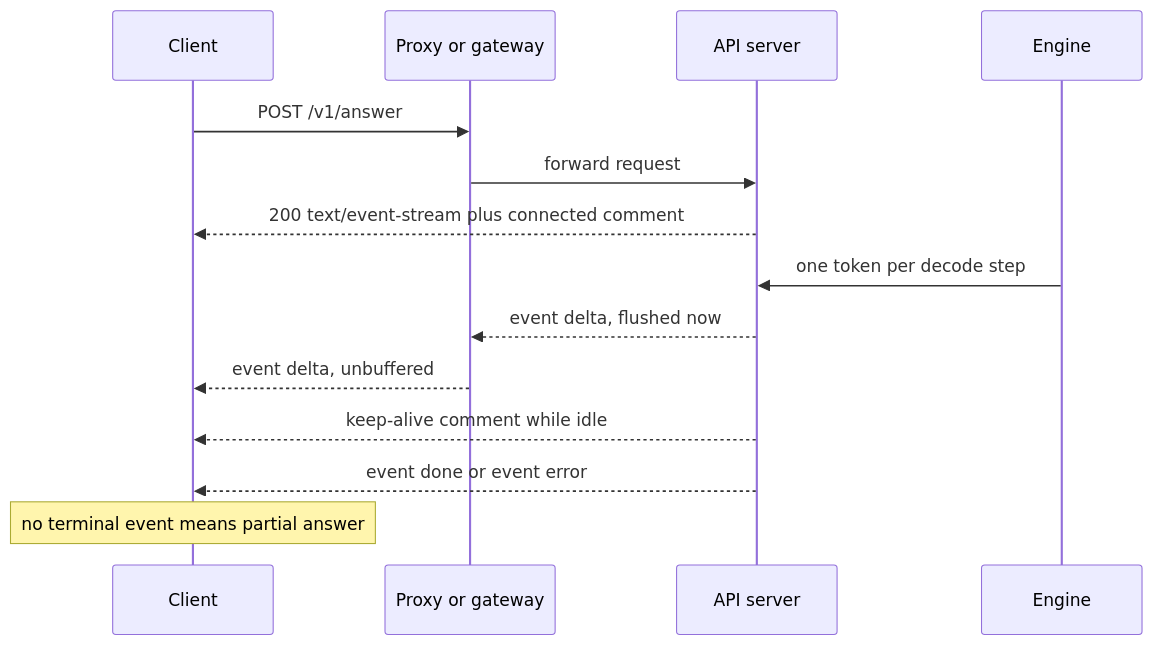
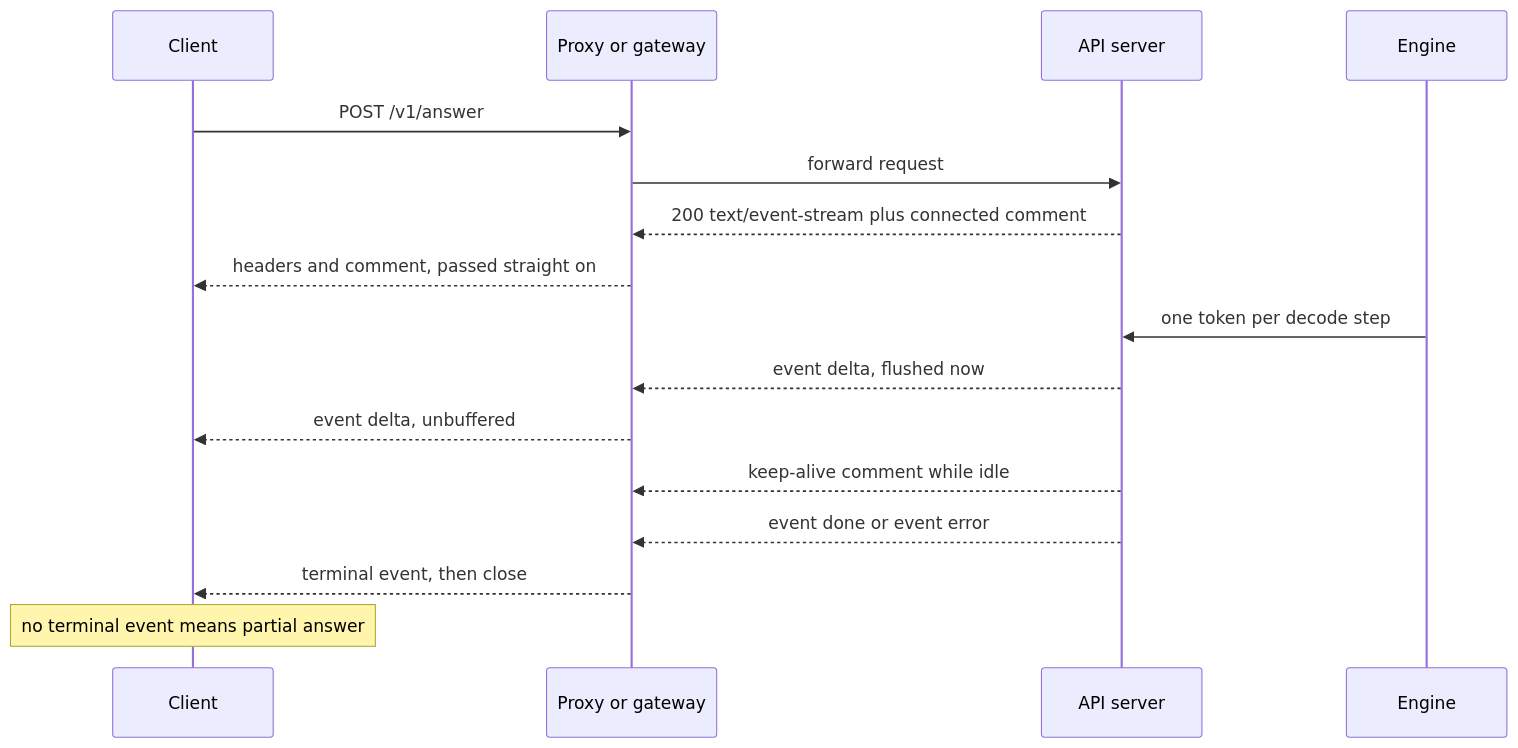
The diagram in content/serving-inference/streaming.md (lovishmahajan97/agentic-learning), drawn with Mermaid before and after one commit. The commit also changed other lines of this file and 213 other files, not shown here.

````diff
--- a/content/serving-inference/streaming.md
+++ b/content/serving-inference/streaming.md
@@ -128,16 +128,18 @@
 ```mermaid
 sequenceDiagram
     participant C as Client
     participant P as Proxy or gateway
     participant S as API server
     participant E as Engine
     C->>P: POST /v1/answer
     P->>S: forward request
-    S-->>C: 200 text/event-stream plus connected comment
+    S-->>P: 200 text/event-stream plus connected comment
+    P-->>C: headers and comment, passed straight on
     E->>S: one token per decode step
     S-->>P: event delta, flushed now
     P-->>C: event delta, unbuffered
-    S-->>C: keep-alive comment while idle
-    S-->>C: event done or event error
+    S-->>P: keep-alive comment while idle
+    S-->>P: event done or event error
+    P-->>C: terminal event, then close
     Note over C: no terminal event means partial answer
 ```
````
